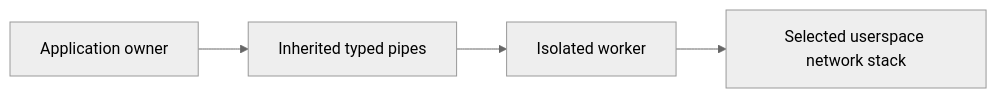
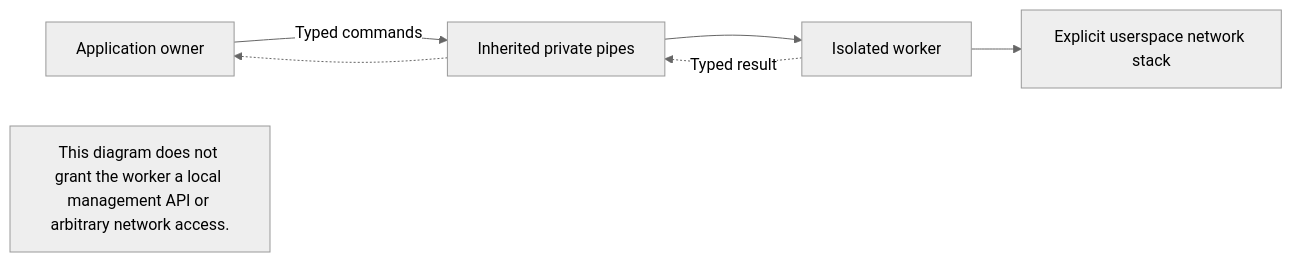
The diagram in internal/backendworker/README.md (webkaz-labs/sobalink), drawn with Mermaid (neutral theme) before and after one commit. The commit also changed 238 other files, not shown here.

First line of the commit message:
docs: explain workflows with distinct diagrams and real screen examples (#60)

````diff
--- a/internal/backendworker/README.md
+++ b/internal/backendworker/README.md
@@ -13,6 +13,12 @@
 ```mermaid
 flowchart LR
-    A[Application owner] --> B[Inherited typed pipes]
-    B --> C[Isolated worker]
-    C --> D[Selected userspace network stack]
+ accTitle: Owner and worker communicate through typed pipes
+ accDescr: This diagram does not grant the worker a local management API or arbitrary network access.
+ A["Application owner"] -->|Typed commands| B["Inherited private pipes"]
+ B --> C["Isolated worker"]
+ C --> D["Explicit userspace network stack"]
+ C -. Typed result .-> B
+ B -.-> A
+
+ LIMIT["This diagram does not grant the worker a local management API or arbitrary network access."]
 ```
````
